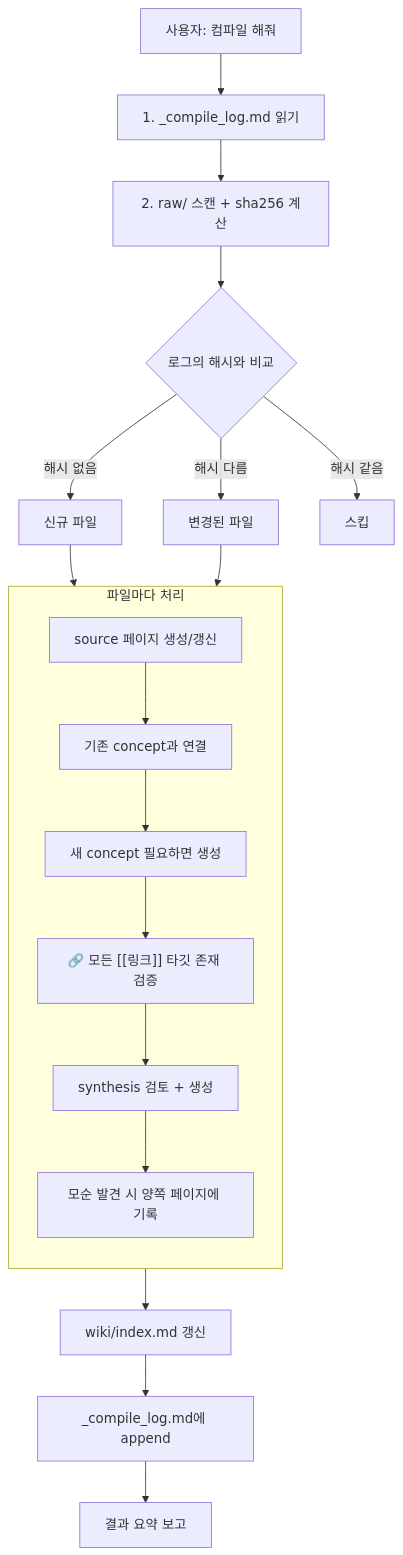
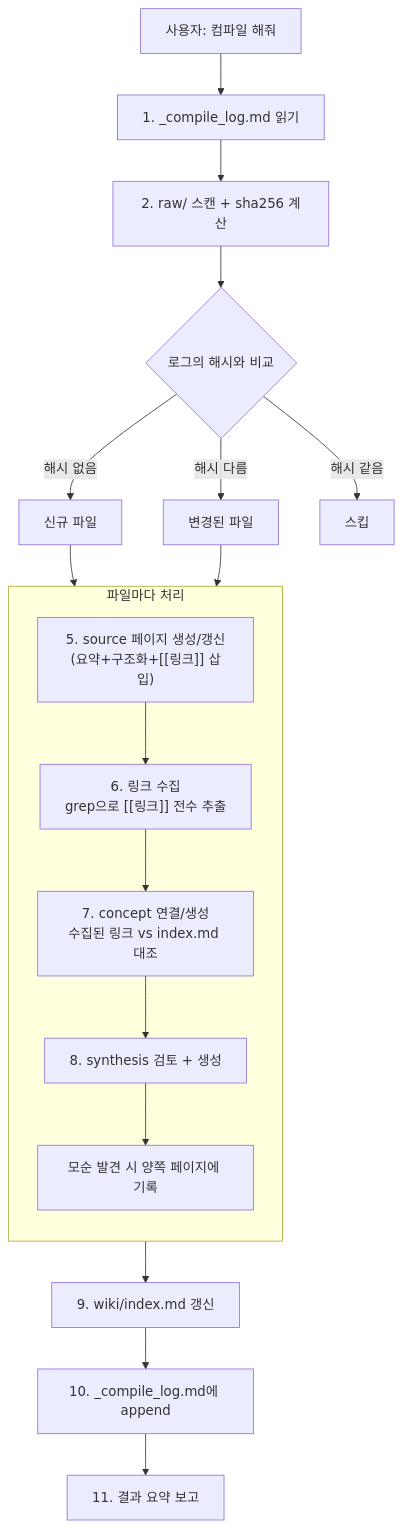
Before and after one commit to bjw202/Vault: the fourth of 10 diagrams in docs/vault-system-guide.md, drawn with Mermaid. The commit also changed other lines of this file and 1 other file, not shown here.

First line of the commit message:
docs: compile 링크 수집 단계 추가

````diff
--- a/docs/vault-system-guide.md
+++ b/docs/vault-system-guide.md
@@ -146,28 +146,27 @@
 ```mermaid
 flowchart TB
     START["사용자: 컴파일 해줘"] --> READ_LOG["1. _compile_log.md 읽기"]
     READ_LOG --> SCAN["2. raw/ 스캔 + sha256 계산"]
     SCAN --> COMPARE{"로그의 해시와 비교"}
 
     COMPARE -->|"해시 없음"| NEW["신규 파일"]
     COMPARE -->|"해시 다름"| CHANGED["변경된 파일"]
     COMPARE -->|"해시 같음"| SKIP["스킵"]
 
     NEW --> PROCESS
     CHANGED --> PROCESS
 
     subgraph PROCESS["파일마다 처리"]
         direction TB
-        P1["source 페이지 생성/갱신"]
-        P2["기존 concept과 연결"]
-        P3["새 concept 필요하면 생성"]
-        P4["🔗 모든 [[링크]] 타깃 존재 검증"]
-        P5["synthesis 검토 + 생성"]
-        P6["모순 발견 시 양쪽 페이지에 기록"]
-        P1 --> P2 --> P3 --> P4 --> P5 --> P6
+        P1["5. source 페이지 생성/갱신<br/>(요약+구조화+[[링크]] 삽입)"]
+        P2["6. 링크 수집<br/>grep으로 [[링크]] 전수 추출"]
+        P3["7. concept 연결/생성<br/>수집된 링크 vs index.md 대조"]
+        P4["8. synthesis 검토 + 생성"]
+        P5["모순 발견 시 양쪽 페이지에 기록"]
+        P1 --> P2 --> P3 --> P4 --> P5
     end
 
-    PROCESS --> INDEX["wiki/index.md 갱신"]
-    INDEX --> LOG["_compile_log.md에 append"]
-    LOG --> REPORT["결과 요약 보고"]
+    PROCESS --> INDEX["9. wiki/index.md 갱신"]
+    INDEX --> LOG["10. _compile_log.md에 append"]
+    LOG --> REPORT["11. 결과 요약 보고"]
 ```
````
